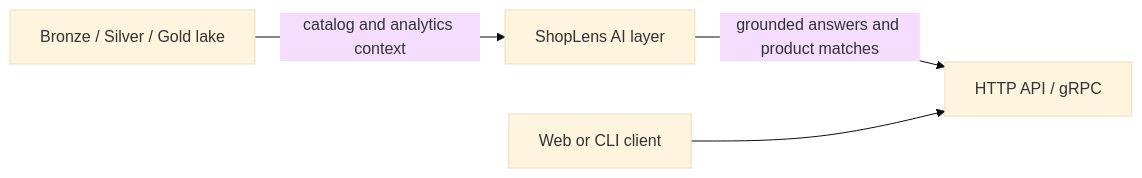
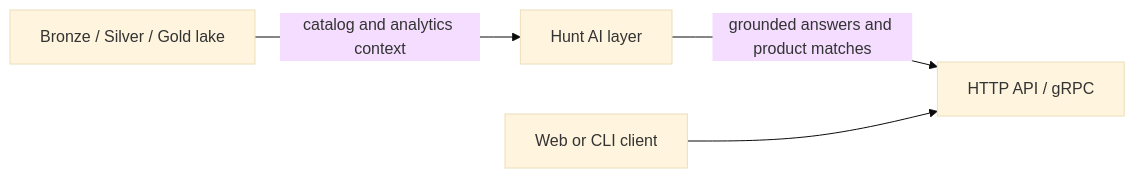
Before and after one commit to TuanKietTran/vn-ecom-data-platform: the diagram in docs/ai.md, drawn with Mermaid (base theme). The commit also changed other lines of this file and 33 other files, not shown here.

````diff
--- a/docs/ai.md
+++ b/docs/ai.md
@@ -46,6 +46,6 @@
 ```mermaid
 flowchart LR
-  L[Bronze / Silver / Gold lake] -->|catalog and analytics context| AI[ShopLens AI layer]
+  L[Bronze / Silver / Gold lake] -->|catalog and analytics context| AI[Hunt AI layer]
   AI -->|grounded answers and product matches| API[HTTP API / gRPC]
   Client[Web or CLI client] --> API
 ```
````
